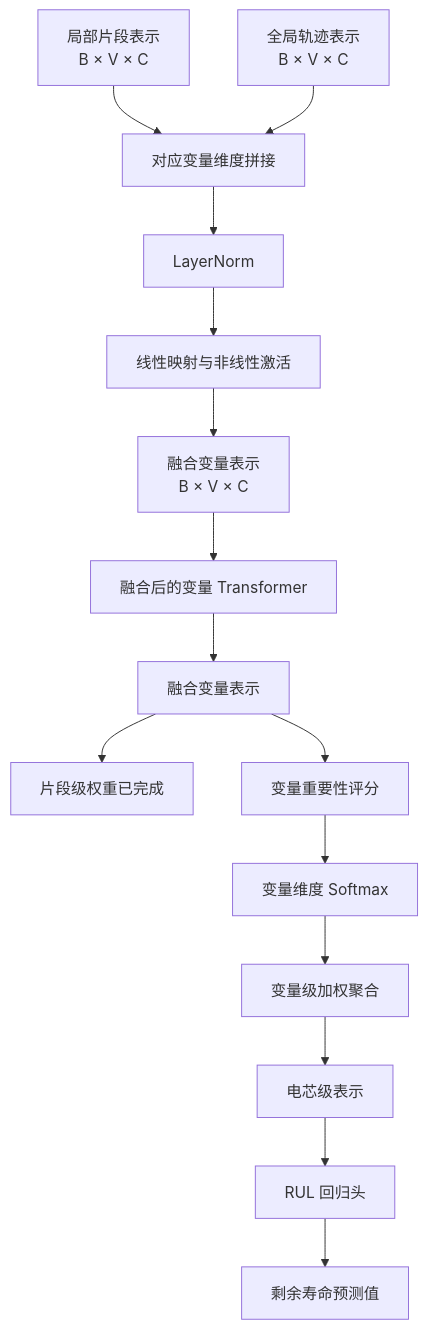
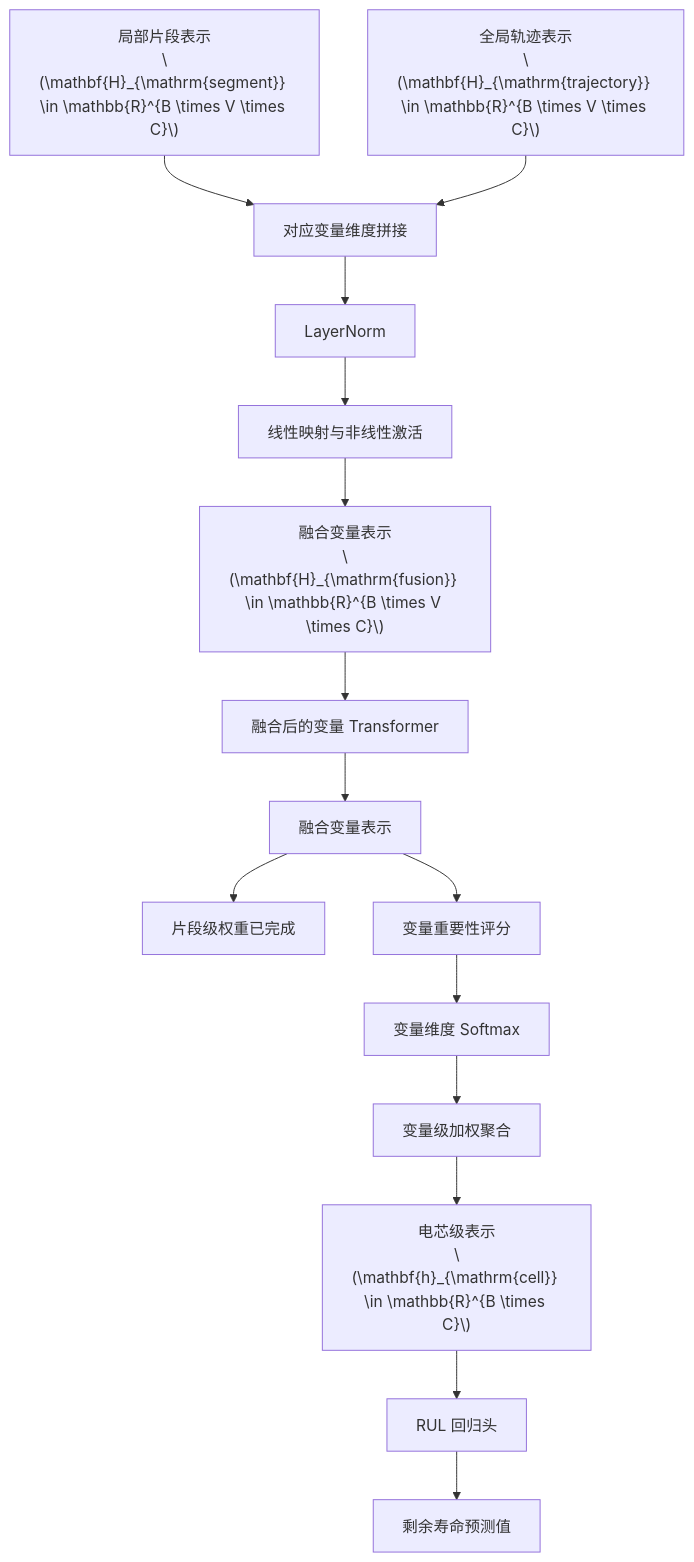
Before and after one commit to xskukuku/0_MyFiles: the sixth of 6 diagrams in 专利/交底书.md, drawn with Mermaid. The commit also changed other lines of this file, not shown here.

````diff
--- a/专利/交底书.md
+++ b/专利/交底书.md
@@ -1462,20 +1737,20 @@
 ```mermaid
 flowchart TD
-    A["局部片段表示<br/>B × V × C"] --> C["对应变量维度拼接"]
-    B["全局轨迹表示<br/>B × V × C"] --> C
+    A["局部片段表示<br/>\(\mathbf{H}_{\mathrm{segment}} \in \mathbb{R}^{B \times V \times C}\)"] --> C["对应变量维度拼接"]
+    B["全局轨迹表示<br/>\(\mathbf{H}_{\mathrm{trajectory}} \in \mathbb{R}^{B \times V \times C}\)"] --> C
 
     C --> D["LayerNorm"]
     D --> E["线性映射与非线性激活"]
-    E --> F["融合变量表示<br/>B × V × C"]
+    E --> F["融合变量表示<br/>\(\mathbf{H}_{\mathrm{fusion}} \in \mathbb{R}^{B \times V \times C}\)"]
 
     F --> G["融合后的变量 Transformer"]
     G --> H["融合变量表示"]
 
     H --> I["片段级权重已完成"]
     H --> J["变量重要性评分"]
     J --> K["变量维度 Softmax"]
     K --> L["变量级加权聚合"]
-    L --> M["电芯级表示"]
+    L --> M["电芯级表示<br/>\(\mathbf{h}_{\mathrm{cell}} \in \mathbb{R}^{B \times C}\)"]
     M --> N["RUL 回归头"]
     N --> O["剩余寿命预测值"]
 ```
````
